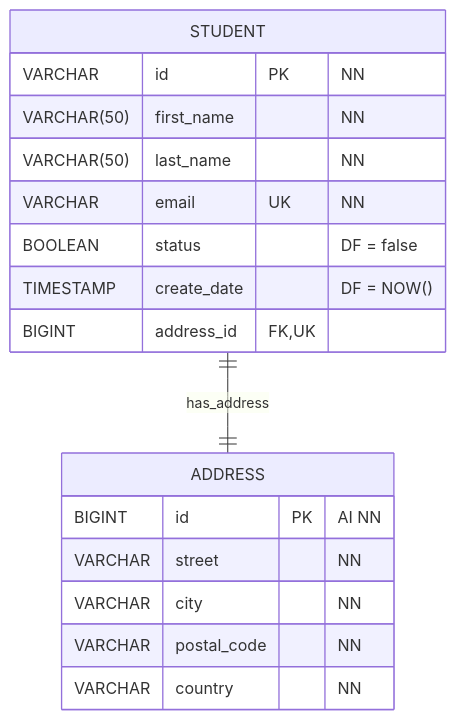
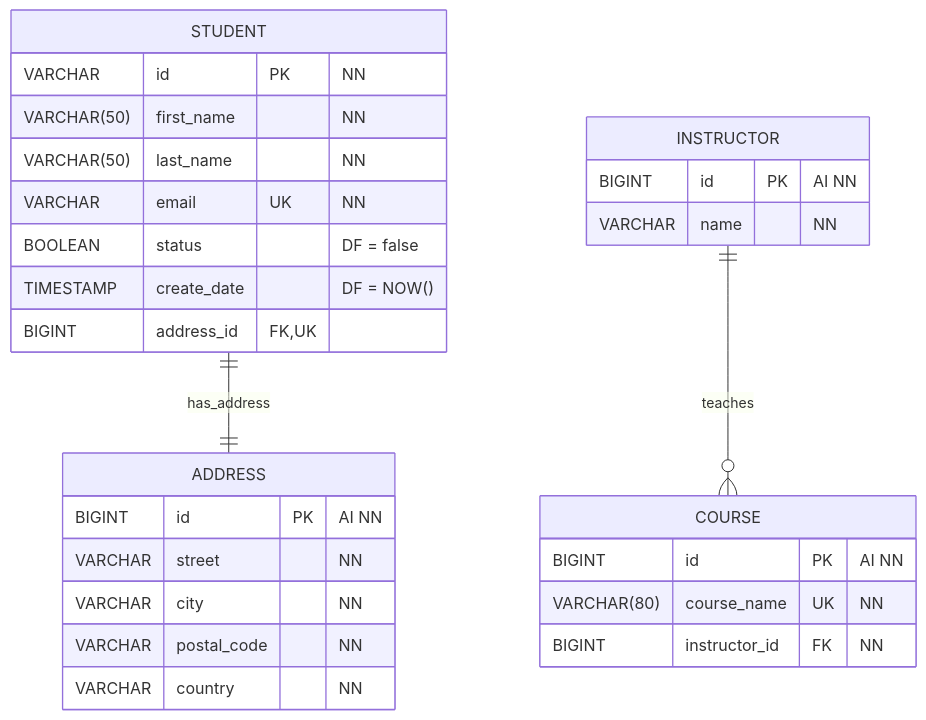
The diagram in Entity Relationship Diagram - Mermaid.md (SimonElbrink/G58-jpa_lecture), drawn with Mermaid before and after one commit. The commit also changed 3 other files, not shown here.

Commit message:
Add `Instructor` and `Course` entities with `Many-To-One` relationship, update diagrams to reflect the changes

````diff
--- a/Entity Relationship Diagram - Mermaid.md
+++ b/Entity Relationship Diagram - Mermaid.md
@@ -1,24 +1,36 @@
 ```mermaid
 
 erDiagram
     STUDENT {
         VARCHAR id PK "NN"
         VARCHAR(50) first_name "NN"
         VARCHAR(50) last_name "NN"
         VARCHAR email UK "NN"
         BOOLEAN status "DF = false"
         TIMESTAMP create_date "DF = NOW()"
         BIGINT address_id FK, UK
     }
 
     ADDRESS {
         BIGINT id PK "AI NN"
         VARCHAR street "NN"
         VARCHAR city "NN"
         VARCHAR postal_code "NN"
         VARCHAR country "NN"
     }
 
+    INSTRUCTOR {
+        BIGINT id PK "AI NN"
+        VARCHAR name "NN"
+    }
+
+    COURSE {
+        BIGINT id PK "AI NN"
+        VARCHAR(80) course_name UK "NN"
+        BIGINT instructor_id FK "NN"
+    }
+
 %% Relationships
     STUDENT ||--|| ADDRESS: has_address
+    INSTRUCTOR ||--o{ COURSE: teaches
 ```
````
